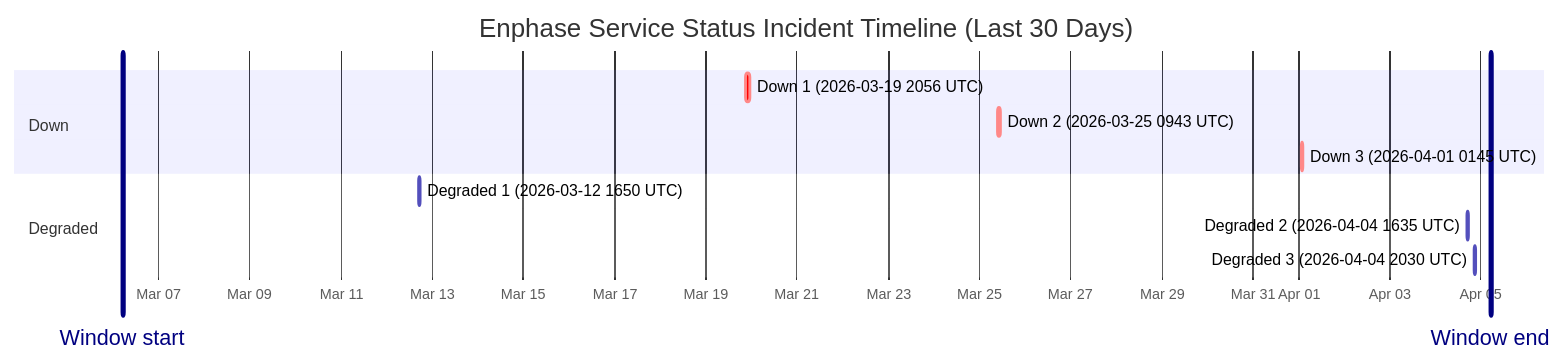
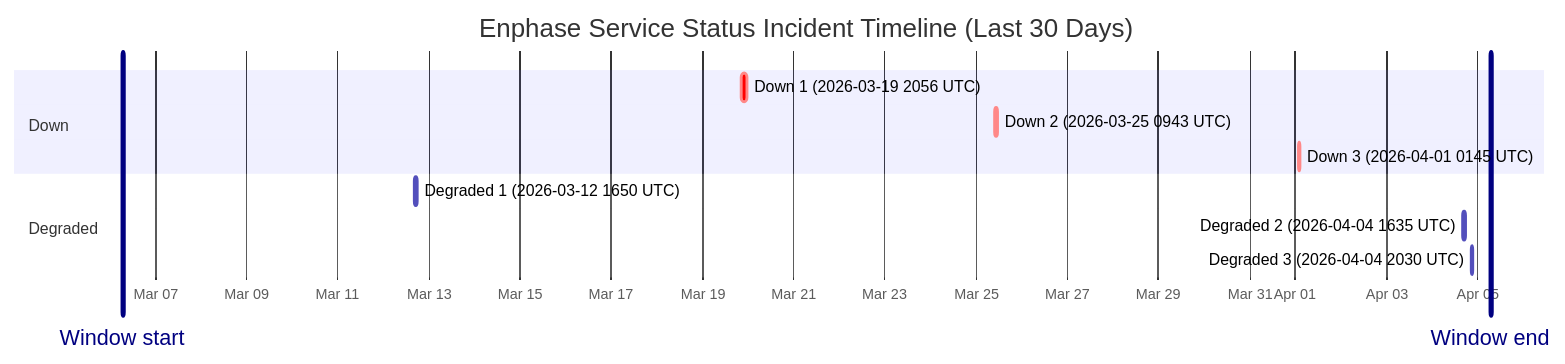
One commit to barneyonline/ha-enphase-ev-charger changed the diagram in wiki/Service-Status-History.md. Above: the diagram before and after it, drawn with Mermaid. The commit also changed other lines of this file and 3 other files, not shown here.

````diff
--- a/wiki/Service-Status-History.md
+++ b/wiki/Service-Status-History.md
@@ -14,16 +14,16 @@
 ```mermaid
 gantt
     title Enphase Service Status Incident Timeline (Last 30 Days)
     dateFormat  YYYY-MM-DDTHH:mm:ss
     axisFormat  %b %d
-    Window start :vert, window-start, 2026-03-06T05:00:17, 0ms
-    Window end :vert, window-end, 2026-04-05T05:00:17, 0ms
+    Window start :vert, window-start, 2026-03-06T06:41:44, 0ms
+    Window end :vert, window-end, 2026-04-05T06:41:44, 0ms
     section Down
     Down 1 (2026-03-19 2056 UTC) :crit, down-1, 2026-03-19T20:56:20, 145m
     Down 2 (2026-03-25 0943 UTC) :crit, down-2, 2026-03-25T09:43:28, 111m
     Down 3 (2026-04-01 0145 UTC) :crit, down-3, 2026-04-01T01:45:09, 60m
     section Degraded
     Degraded 1 (2026-03-12 1650 UTC) :active, degraded-1, 2026-03-12T16:50:43, 60m
     Degraded 2 (2026-04-04 1635 UTC) :active, degraded-2, 2026-04-04T16:35:17, 60m
     Degraded 3 (2026-04-04 2030 UTC) :active, degraded-3, 2026-04-04T20:30:40, 60m
 ```
````
